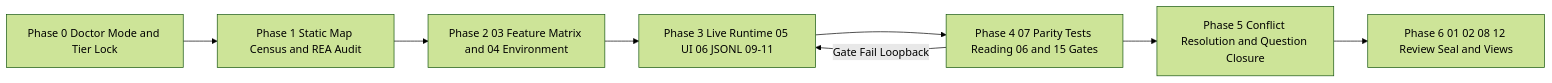
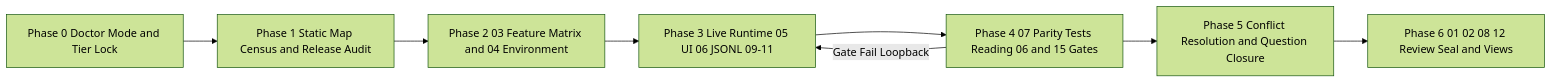
Before and after one commit to awesomejun/spec-anything: the second of 2 diagrams in README.md, drawn with Mermaid (forest theme). The commit also changed other lines of this file and 12 other files, not shown here.

Commit message:
docs: de-emphasize reverse-engineering/REA wording in favor of Release Artifact Analysis (RAA)

````diff
--- a/README.md
+++ b/README.md
@@ -153,10 +153,10 @@
 ```mermaid
 flowchart LR
-    P0[Phase 0 Doctor Mode and Tier Lock] --> P1[Phase 1 Static Map Census and REA Audit]
+    P0[Phase 0 Doctor Mode and Tier Lock] --> P1[Phase 1 Static Map Census and Release Audit]
     P1 --> P2[Phase 2 03 Feature Matrix and 04 Environment]
     P2 --> P3[Phase 3 Live Runtime 05 UI 06 JSONL 09-11]
     P3 --> P4[Phase 4 07 Parity Tests Reading 06 and 15 Gates]
     P4 -->|Gate Fail Loopback| P3
     P4 --> P5[Phase 5 Conflict Resolution and Question Closure]
     P5 --> P6[Phase 6 01 02 08 12 Review Seal and Views]
 ```
````
